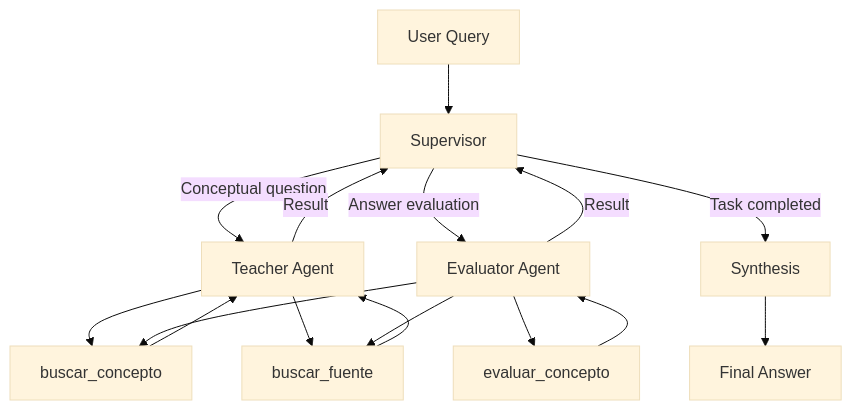
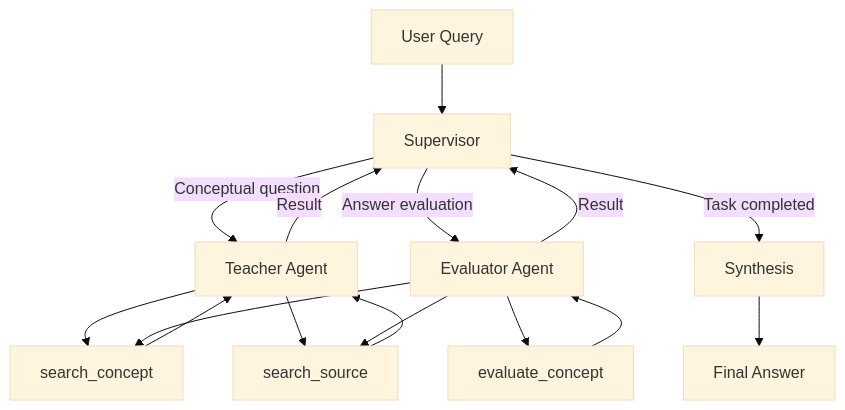
Before and after one commit to curciojm/stat-tutor-ai-multi-agent-system: the diagram in README.md, drawn with Mermaid (base theme). The commit also changed other lines of this file, not shown here.

````diff
--- a/README.md
+++ b/README.md
@@ -84,24 +84,24 @@
 ```mermaid
 flowchart TD
     U[User Query] --> S[Supervisor]
 
     S -->|Conceptual question| P[Teacher Agent]
     S -->|Answer evaluation| E[Evaluator Agent]
 
-    P --> TC[buscar_concepto]
-    P --> TF[buscar_fuente]
+    P --> TC[search_concept]
+    P --> TF[search_source]
 
-    E --> TE[evaluar_concepto]
+    E --> TE[evaluate_concept]
     E --> TC
     E --> TF
 
     TC --> P
     TF --> P
     TE --> E
 
     P -->|Result| S
     E -->|Result| S
 
     S -->|Task completed| SY[Synthesis]
     SY --> F[Final Answer]
 ```
````
